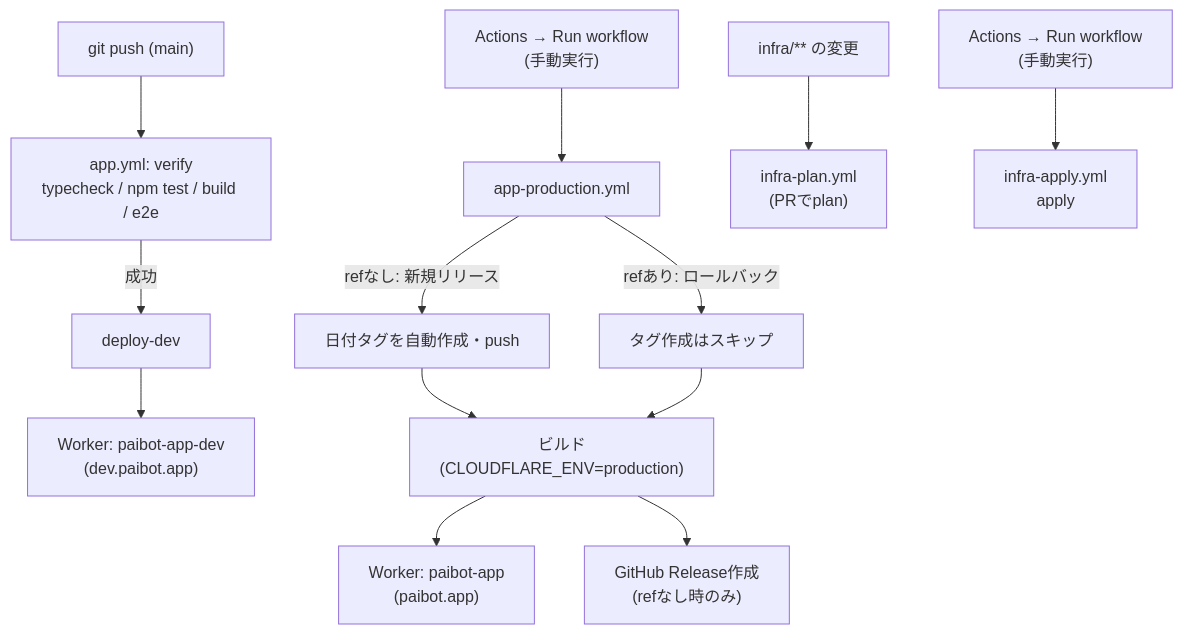
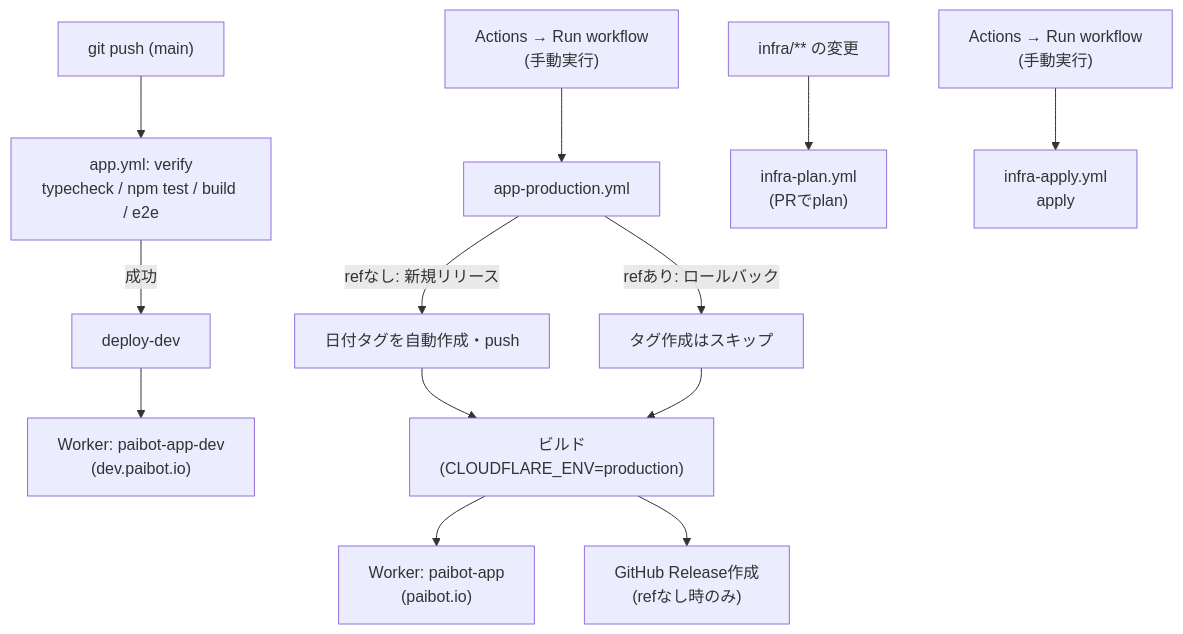
Before and after one commit to paibot-hq/paibot-app: the second of 2 diagrams in docs/architecture.md, drawn with Mermaid. The commit also changed other lines of this file and 25 other files, not shown here.

First line of the commit message:
Prepare the move from paibot.app to paibot.io

````diff
--- a/docs/architecture.md
+++ b/docs/architecture.md
@@ -64,17 +64,17 @@
 ```mermaid
 flowchart TD
     Push["git push (main)"] --> Verify["app.yml: verify\ntypecheck / npm test / build / e2e"]
     Verify -- 成功 --> DeployDev["deploy-dev"]
-    DeployDev --> WorkerDev["Worker: paibot-app-dev\n(dev.paibot.app)"]
+    DeployDev --> WorkerDev["Worker: paibot-app-dev\n(dev.paibot.io)"]
 
     Manual["Actions → Run workflow\n(手動実行)"] --> ProdJob["app-production.yml"]
     ProdJob -- "refなし: 新規リリース" --> Tag["日付タグを自動作成・push"]
     ProdJob -- "refあり: ロールバック" --> Skip["タグ作成はスキップ"]
     Tag --> BuildProd["ビルド(CLOUDFLARE_ENV=production)"]
     Skip --> BuildProd
-    BuildProd --> WorkerProd["Worker: paibot-app\n(paibot.app)"]
+    BuildProd --> WorkerProd["Worker: paibot-app\n(paibot.io)"]
     BuildProd --> Release["GitHub Release作成\n(refなし時のみ)"]
 
     InfraPush["infra/** の変更"] --> InfraPlan["infra-plan.yml\n(PRでplan)"]
     InfraApply["Actions → Run workflow\n(手動実行)"] --> InfraApplyJob["infra-apply.yml\napply"]
 ```
````
